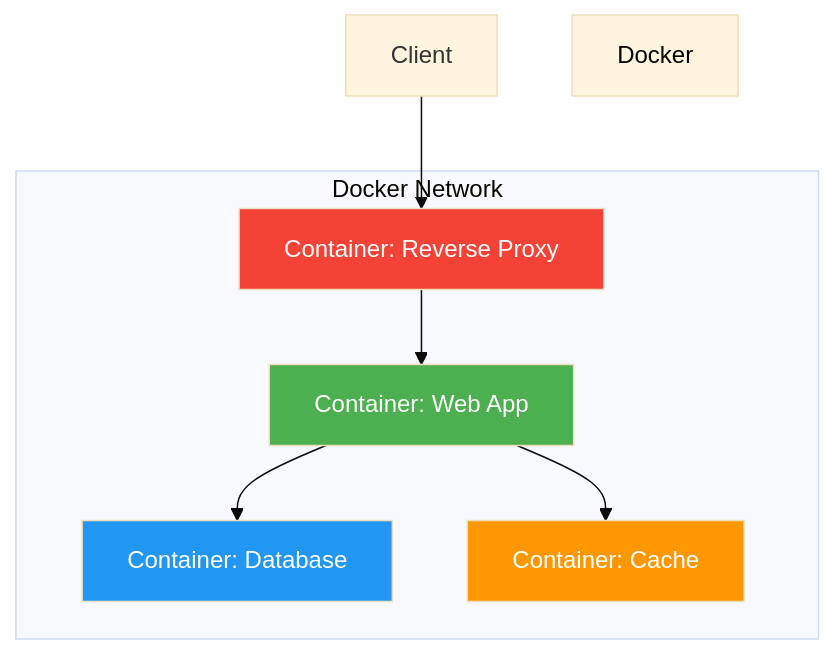
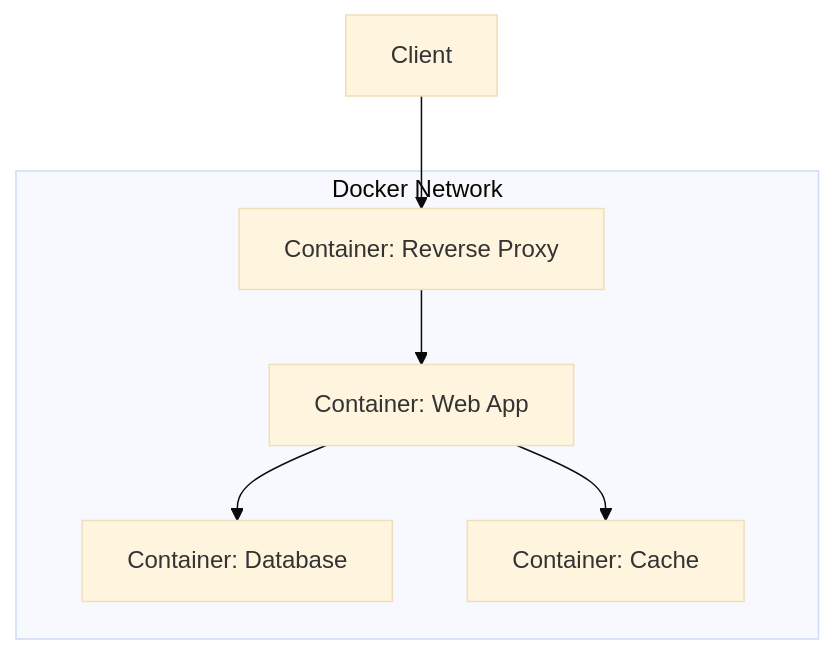
The second of 3 diagrams in README.md (marcuwynu23/docker-compose-collections), drawn with Mermaid (base theme) before and after one commit. The commit also changed other lines of this file, not shown here.

Commit message:
docs: update root README.md

````diff
--- a/README.md
+++ b/README.md
@@ -284,20 +285,14 @@
 ```mermaid
 graph TB
     subgraph Docker Network
         CONTAINER1[Container: Web App]
         CONTAINER2[Container: Database]
         CONTAINER3[Container: Cache]
         CONTAINER4[Container: Reverse Proxy]
     end
 
     CLIENT[Client] --> CONTAINER4
     CONTAINER4 --> CONTAINER1
     CONTAINER1 --> CONTAINER2
     CONTAINER1 --> CONTAINER3
-
-    style Docker Network fill:#e3f2fd,color:#000
-    style CONTAINER1 fill:#4caf50,color:#fff
-    style CONTAINER2 fill:#2196f3,color:#fff
-    style CONTAINER3 fill:#ff9800,color:#fff
-    style CONTAINER4 fill:#f44336,color:#fff
 ```
````
